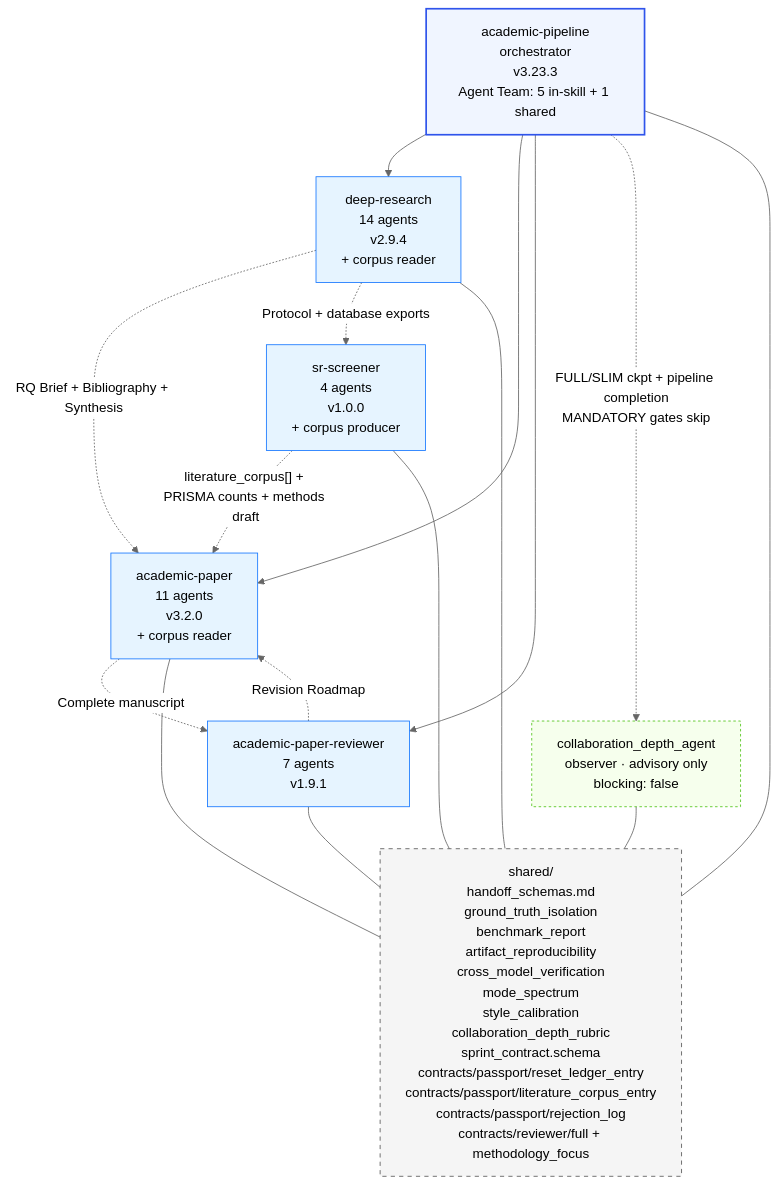
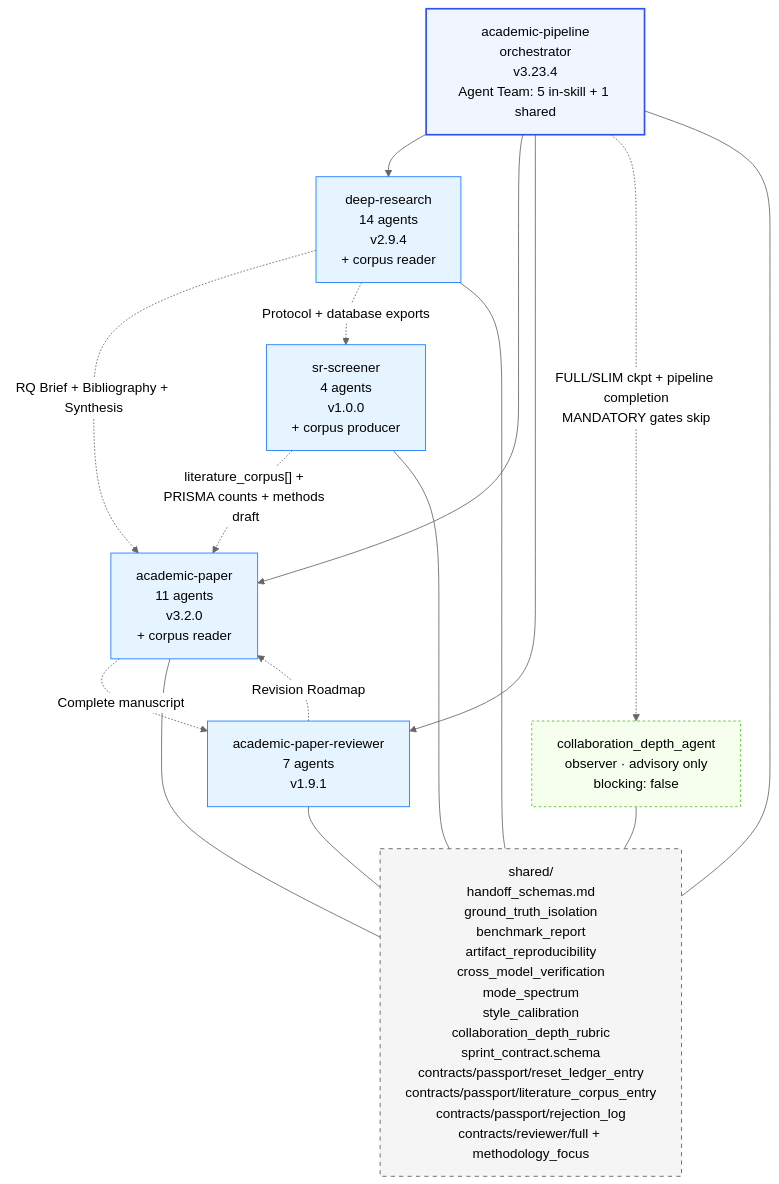
Before and after one commit to pouriamrt/academic-research-skills: the fourth of 5 diagrams in docs/ARCHITECTURE.md, drawn with Mermaid (neutral theme). The commit also changed other lines of this file and 10 other files, not shown here.

````diff
--- a/docs/ARCHITECTURE.md
+++ b/docs/ARCHITECTURE.md
@@ -220,35 +220,35 @@
 ```mermaid
 graph TD
-    Pipeline[academic-pipeline<br/>orchestrator<br/>v3.23.3<br/>Agent Team: 5 in-skill + 1 shared]
+    Pipeline[academic-pipeline<br/>orchestrator<br/>v3.23.4<br/>Agent Team: 5 in-skill + 1 shared]
     Observer[collaboration_depth_agent<br/>observer · advisory only<br/>blocking: false]
     DR[deep-research<br/>14 agents<br/>v2.9.4<br/>+ corpus reader]
     AP[academic-paper<br/>11 agents<br/>v3.2.0<br/>+ corpus reader]
     APR[academic-paper-reviewer<br/>7 agents<br/>v1.9.1]
     SRS[sr-screener<br/>4 agents<br/>v1.0.0<br/>+ corpus producer]
     Shared[shared/<br/>handoff_schemas.md<br/>ground_truth_isolation<br/>benchmark_report<br/>artifact_reproducibility<br/>cross_model_verification<br/>mode_spectrum<br/>style_calibration<br/>collaboration_depth_rubric<br/>sprint_contract.schema<br/>contracts/passport/reset_ledger_entry<br/>contracts/passport/literature_corpus_entry<br/>contracts/passport/rejection_log<br/>contracts/reviewer/full + methodology_focus]
 
     Pipeline --> DR
     Pipeline --> AP
     Pipeline --> APR
     Pipeline -. "FULL/SLIM ckpt + pipeline completion<br/>MANDATORY gates skip" .-> Observer
     DR -. "RQ Brief + Bibliography + Synthesis" .-> AP
     AP -. "Complete manuscript" .-> APR
     APR -. "Revision Roadmap" .-> AP
     DR -. "Protocol + database exports" .-> SRS
     SRS -. "literature_corpus[] + PRISMA counts + methods draft" .-> AP
     DR --- Shared
     AP --- Shared
     APR --- Shared
     Pipeline --- Shared
     Observer --- Shared
     SRS --- Shared
 
     classDef orch fill:#f0f5ff,stroke:#2f54eb,stroke-width:2px
     classDef skill fill:#e6f4ff,stroke:#1677ff
     classDef shared fill:#f5f5f5,stroke:#595959,stroke-dasharray:5 5
     classDef observer fill:#f6ffed,stroke:#52c41a,stroke-dasharray:3 3
     class Pipeline orch
     class DR,AP,APR,SRS skill
     class Shared shared
     class Observer observer
 ```
````
